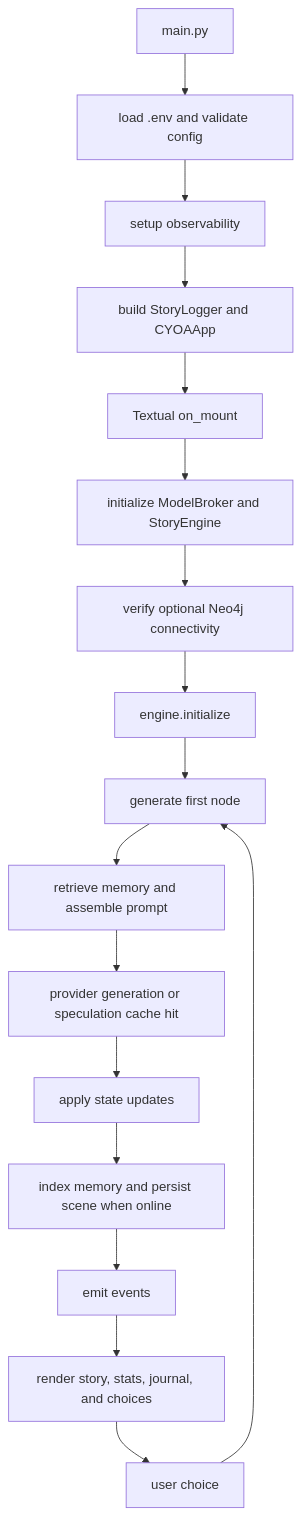
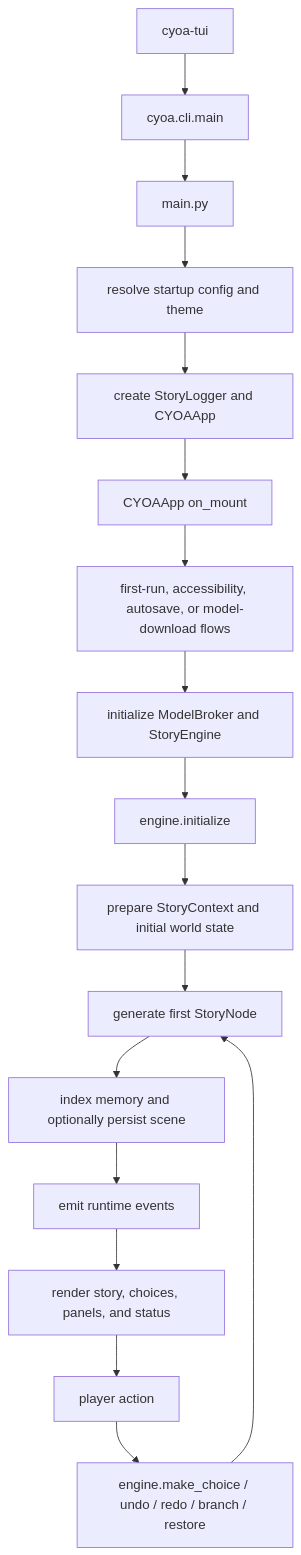
One commit to KishanPipariya/CYOA_TUI changed the diagram in CODEWIKI.md. Above: the diagram before and after it, drawn with Mermaid. The commit also changed other lines of this file and 1 other file, not shown here.

````diff
--- a/CODEWIKI.md
+++ b/CODEWIKI.md
@@ -81,19 +262,19 @@
 ```mermaid
 flowchart TD
-    A[main.py] --> B[load .env and validate config]
-    B --> C[setup observability]
-    C --> D[build StoryLogger and CYOAApp]
-    D --> E[Textual on_mount]
-    E --> F[initialize ModelBroker and StoryEngine]
-    F --> G[verify optional Neo4j connectivity]
-    G --> H[engine.initialize]
-    H --> I[generate first node]
-    I --> J[retrieve memory and assemble prompt]
-    J --> K[provider generation or speculation cache hit]
-    K --> L[apply state updates]
-    L --> M[index memory and persist scene when online]
-    M --> N[emit events]
-    N --> O[render story, stats, journal, and choices]
-    O --> P[user choice]
-    P --> I
+    A[cyoa-tui] --> B[cyoa.cli.main]
+    B --> C[main.py]
+    C --> D[resolve startup config and theme]
+    D --> E[create StoryLogger and CYOAApp]
+    E --> F[CYOAApp on_mount]
+    F --> G[first-run, accessibility, autosave, or model-download flows]
+    G --> H[initialize ModelBroker and StoryEngine]
+    H --> I[engine.initialize]
+    I --> J[prepare StoryContext and initial world state]
+    J --> K[generate first StoryNode]
+    K --> L[index memory and optionally persist scene]
+    L --> M[emit runtime events]
+    M --> N[render story, choices, panels, and status]
+    N --> O[player action]
+    O --> P[engine.make_choice / undo / redo / branch / restore]
+    P --> K
 ```
````
